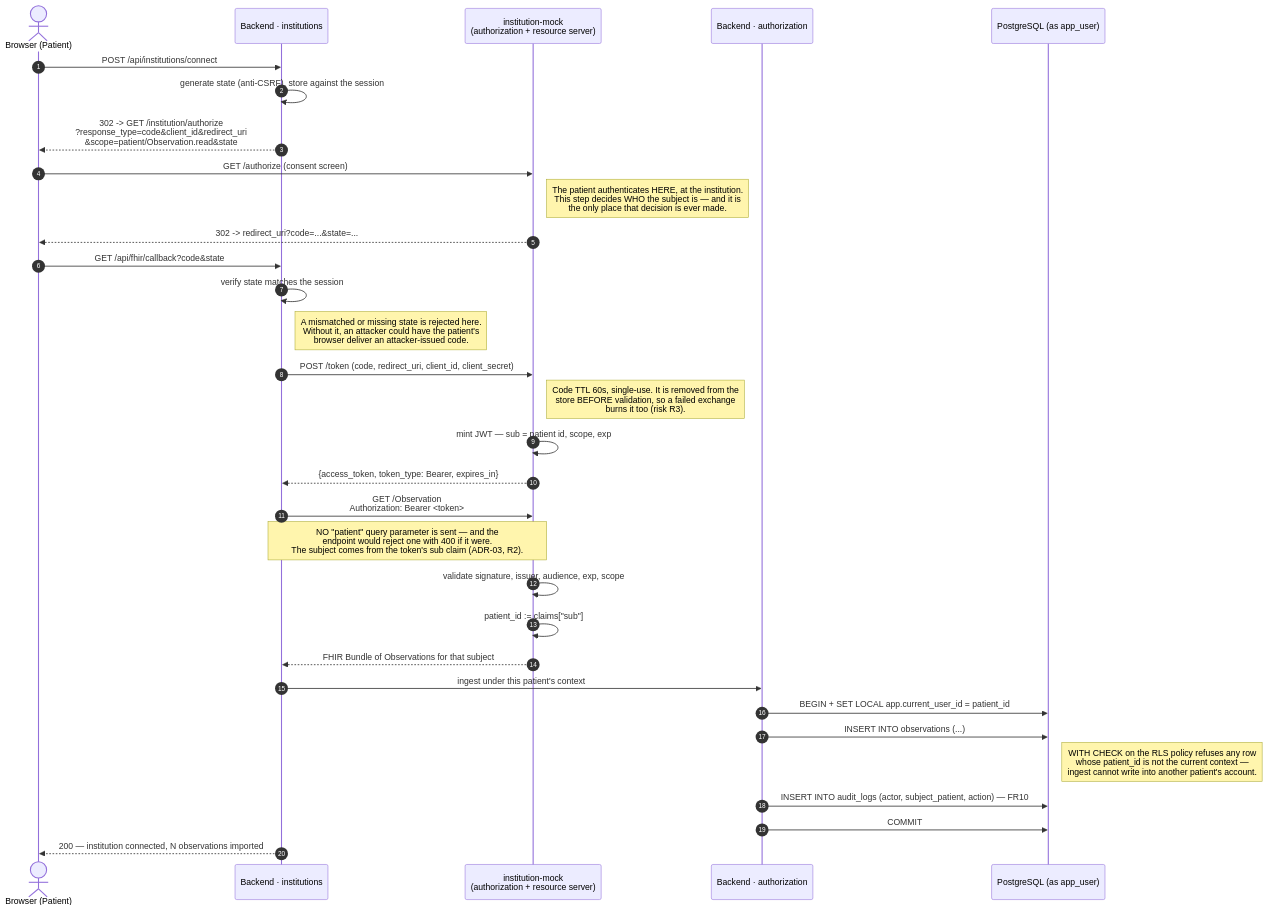
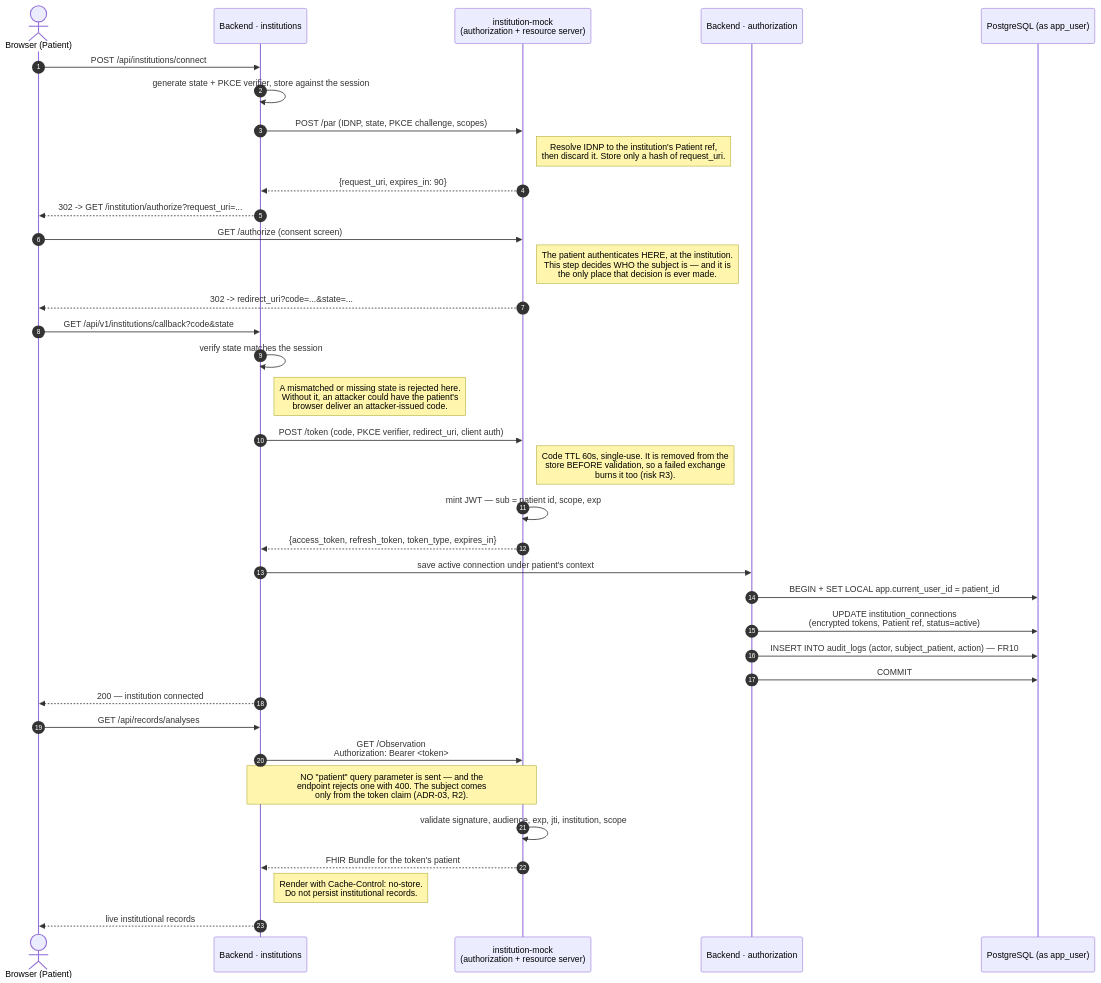
The first of 3 diagrams in docs/architecture/flow_institution_connect.md (igortacu/medvault), drawn with Mermaid before and after one commit. The commit also changed other lines of this file and 35 other files, not shown here.

````diff
--- a/docs/architecture/flow_institution_connect.md
+++ b/docs/architecture/flow_institution_connect.md
@@ -10,40 +10,44 @@
 ```mermaid
 sequenceDiagram
     autonumber
     actor U as Browser (Patient)
     participant B as Backend · institutions
     participant IM as institution-mock<br/>(authorization + resource server)
     participant MW as Backend · authorization
     participant PG as PostgreSQL (as app_user)
 
     U->>B: POST /api/institutions/connect
-    B->>B: generate state (anti-CSRF), store against the session
-    B-->>U: 302 -> GET /institution/authorize<br/>?response_type=code&client_id&redirect_uri<br/>&scope=patient/Observation.read&state
+    B->>B: generate state + PKCE verifier, store against the session
+    B->>IM: POST /par (IDNP, state, PKCE challenge, scopes)
+    Note right of IM: Resolve IDNP to the institution's Patient ref,<br/>then discard it. Store only a hash of request_uri.
+    IM-->>B: {request_uri, expires_in: 90}
+    B-->>U: 302 -> GET /institution/authorize?request_uri=...
 
     U->>IM: GET /authorize (consent screen)
     Note right of IM: The patient authenticates HERE, at the institution.<br/>This step decides WHO the subject is — and it is<br/>the only place that decision is ever made.
     IM-->>U: 302 -> redirect_uri?code=...&state=...
 
-    U->>B: GET /api/fhir/callback?code&state
+    U->>B: GET /api/v1/institutions/callback?code&state
     B->>B: verify state matches the session
     Note right of B: A mismatched or missing state is rejected here.<br/>Without it, an attacker could have the patient's<br/>browser deliver an attacker-issued code.
 
-    B->>IM: POST /token (code, redirect_uri, client_id, client_secret)
+    B->>IM: POST /token (code, PKCE verifier, redirect_uri, client auth)
     Note right of IM: Code TTL 60s, single-use. It is removed from the<br/>store BEFORE validation, so a failed exchange<br/>burns it too (risk R3).
     IM->>IM: mint JWT — sub = patient id, scope, exp
-    IM-->>B: {access_token, token_type: Bearer, expires_in}
+    IM-->>B: {access_token, refresh_token, token_type, expires_in}
 
-    B->>IM: GET /Observation<br/>Authorization: Bearer <token>
-    Note over B,IM: NO "patient" query parameter is sent — and the<br/>endpoint would reject one with 400 if it were.<br/>The subject comes from the token's sub claim (ADR-03, R2).
-    IM->>IM: validate signature, issuer, audience, exp, scope
-    IM->>IM: patient_id := claims["sub"]
-    IM-->>B: FHIR Bundle of Observations for that subject
-
-    B->>MW: ingest under this patient's context
+    B->>MW: save active connection under patient's context
     MW->>PG: BEGIN + SET LOCAL app.current_user_id = patient_id
-    MW->>PG: INSERT INTO observations (...)
-    Note right of PG: WITH CHECK on the RLS policy refuses any row<br/>whose patient_id is not the current context —<br/>ingest cannot write into another patient's account.
+    MW->>PG: UPDATE institution_connections<br/>(encrypted tokens, Patient ref, status=active)
     MW->>PG: INSERT INTO audit_logs (actor, subject_patient, action) — FR10
     MW->>PG: COMMIT
-    B-->>U: 200 — institution connected, N observations imported
+    B-->>U: 200 — institution connected
+
+    U->>B: GET /api/records/analyses
+    B->>IM: GET /Observation<br/>Authorization: Bearer <token>
+    Note over B,IM: NO "patient" query parameter is sent — and the<br/>endpoint rejects one with 400. The subject comes<br/>only from the token claim (ADR-03, R2).
+    IM->>IM: validate signature, audience, exp, jti, institution, scope
+    IM-->>B: FHIR Bundle for the token's patient
+    Note right of B: Render with Cache-Control: no-store.<br/>Do not persist institutional records.
+    B-->>U: live institutional records
 ```
````
